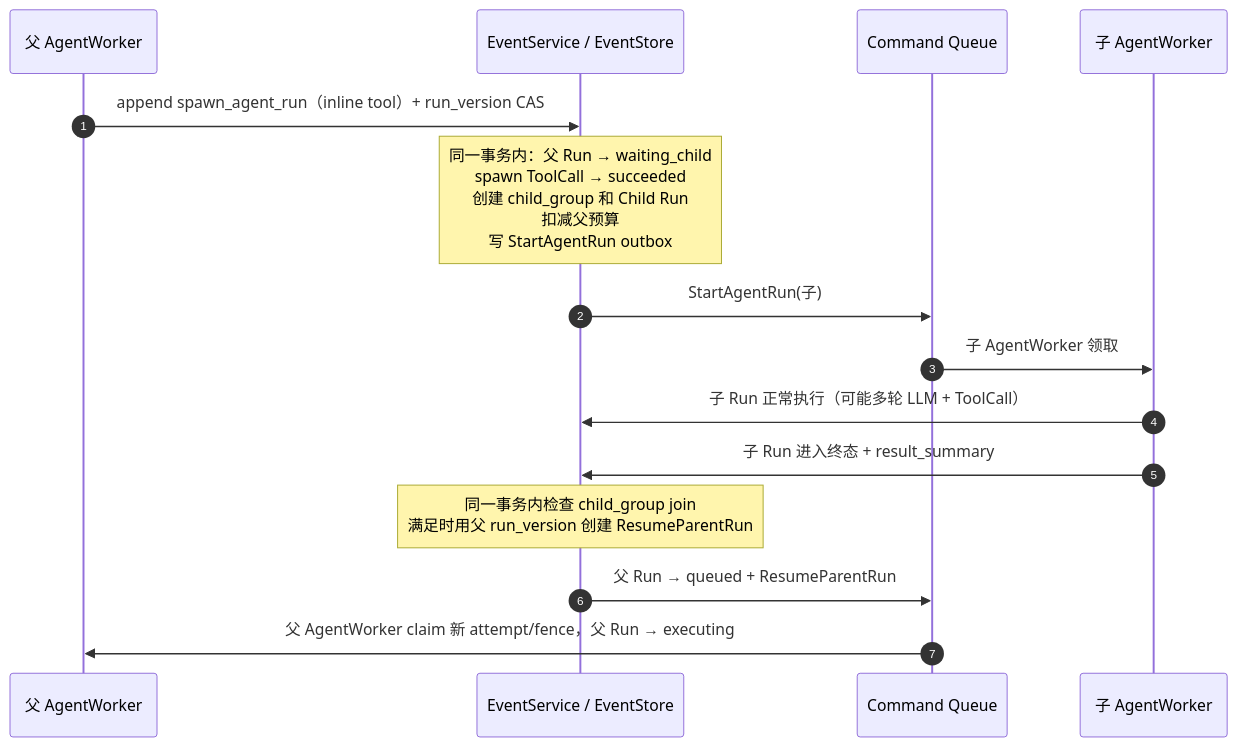
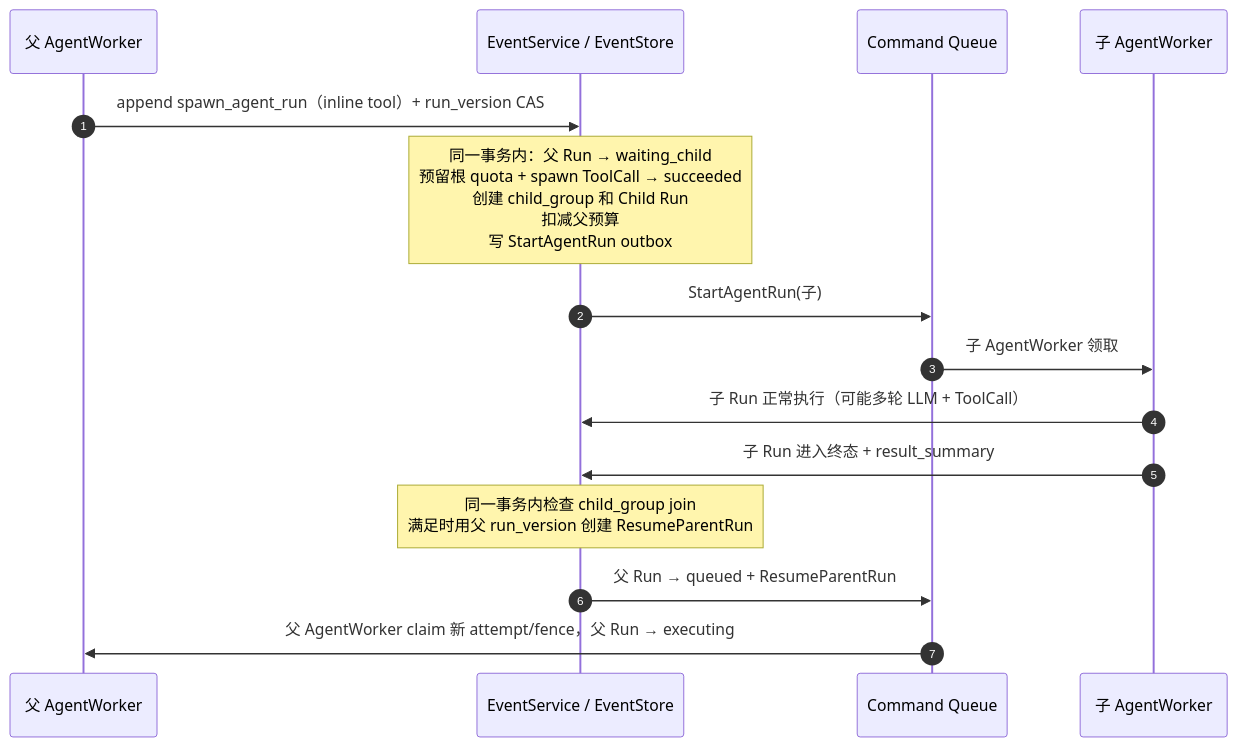
Before and after one commit to erweixin/langshift.dev: the first of 3 diagrams in docs/orchestration-patterns.md, drawn with Mermaid. The commit also changed other lines of this file and 14 other files, not shown here.

````diff
--- a/docs/orchestration-patterns.md
+++ b/docs/orchestration-patterns.md
@@ -84,20 +84,20 @@
 ```mermaid
 sequenceDiagram
   autonumber
   participant P as 父 AgentWorker
   participant ES as EventService / EventStore
   participant Q as Command Queue
   participant C as 子 AgentWorker
 
   P->>ES: append spawn_agent_run（inline tool）+ run_version CAS
-  Note over ES: 同一事务内：父 Run → waiting_child<br/>spawn ToolCall → succeeded<br/>创建 child_group 和 Child Run<br/>扣减父预算<br/>写 StartAgentRun outbox
+  Note over ES: 同一事务内：父 Run → waiting_child<br/>预留根 quota + spawn ToolCall → succeeded<br/>创建 child_group 和 Child Run<br/>扣减父预算<br/>写 StartAgentRun outbox
   ES->>Q: StartAgentRun(子)
   Q->>C: 子 AgentWorker 领取
 
   C->>ES: 子 Run 正常执行（可能多轮 LLM + ToolCall）
   C->>ES: 子 Run 进入终态 + result_summary
   Note over ES: 同一事务内检查 child_group join<br/>满足时用父 run_version 创建 ResumeParentRun
 
   ES->>Q: 父 Run → queued + ResumeParentRun
   Q->>P: 父 AgentWorker claim 新 attempt/fence，父 Run → executing
 ```
````
